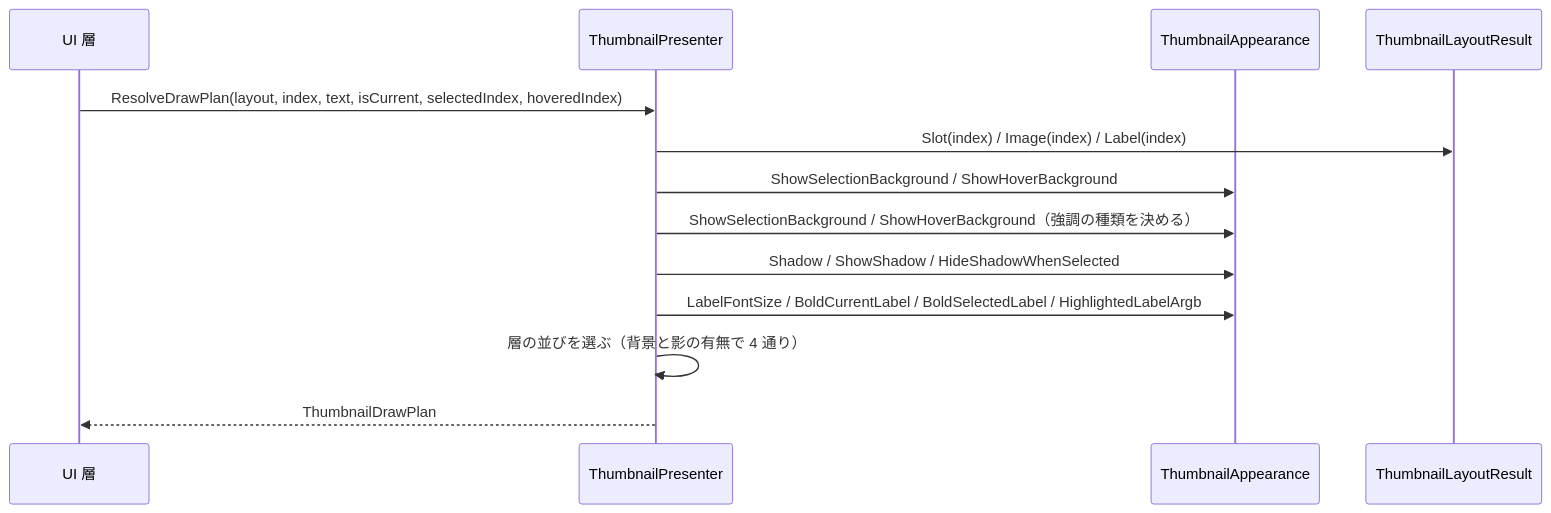
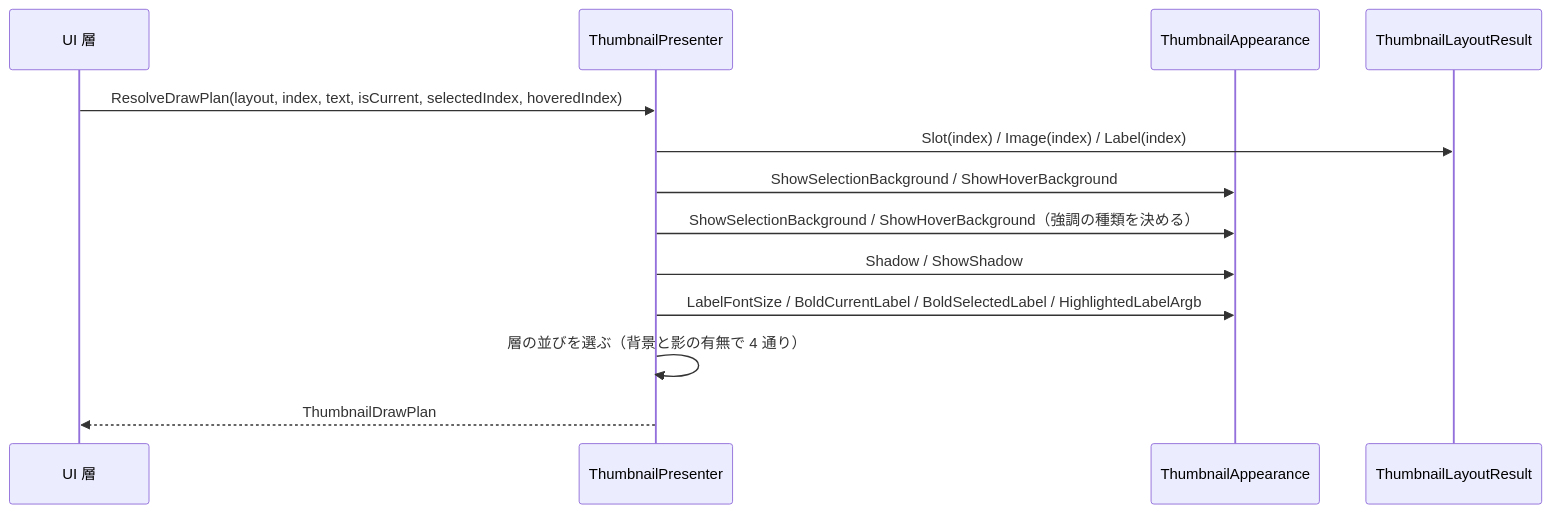
One commit to tomokuni/EsUtil changed the third of 4 diagrams in EsUtil/Feature.Thumbnail.Presenter/docs/SPEC_System.md. Above: the diagram before and after it, drawn with Mermaid. The commit also changed other lines of this file and 45 other files, not shown here.

````diff
--- a/EsUtil/Feature.Thumbnail.Presenter/docs/SPEC_System.md
+++ b/EsUtil/Feature.Thumbnail.Presenter/docs/SPEC_System.md
@@ -166,16 +165,16 @@
 ```mermaid
 sequenceDiagram
     participant UI as UI 層
     participant Presenter as ThumbnailPresenter
     participant Appearance as ThumbnailAppearance
     participant Layout as ThumbnailLayoutResult
 
     UI->>Presenter: ResolveDrawPlan(layout, index, text, isCurrent, selectedIndex, hoveredIndex)
     Presenter->>Layout: Slot(index) / Image(index) / Label(index)
     Presenter->>Appearance: ShowSelectionBackground / ShowHoverBackground
     Presenter->>Appearance: ShowSelectionBackground / ShowHoverBackground（強調の種類を決める）
-    Presenter->>Appearance: Shadow / ShowShadow / HideShadowWhenSelected
+    Presenter->>Appearance: Shadow / ShowShadow
     Presenter->>Appearance: LabelFontSize / BoldCurrentLabel / BoldSelectedLabel / HighlightedLabelArgb
     Presenter->>Presenter: 層の並びを選ぶ（背景と影の有無で 4 通り）
     Presenter-->>UI: ThumbnailDrawPlan
 ```
````
